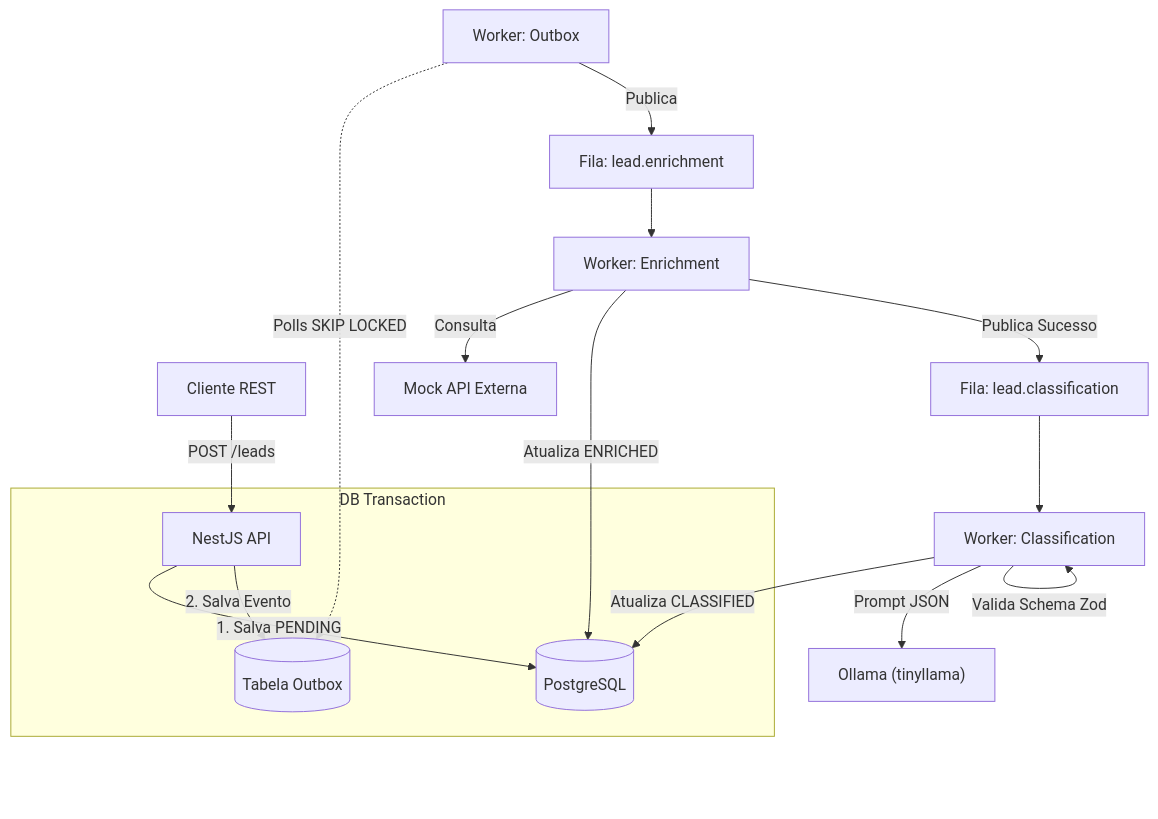
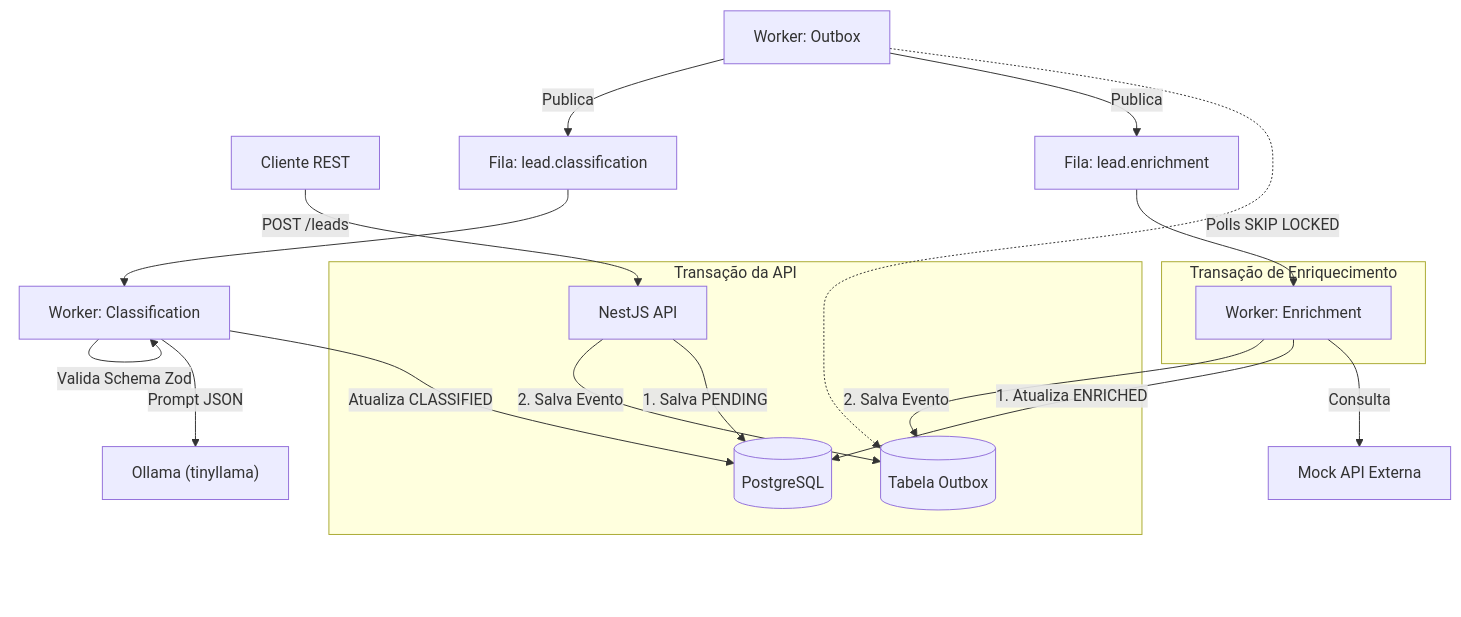
Before and after one commit to luluopa/semantic-lead-intelligence-engine: the first of 2 diagrams in README.pt-BR.md, drawn with Mermaid. The commit also changed other lines of this file and 1 other file, not shown here.

Commit message:
docs: update README and README.pt-BR to clarify Outbox Pattern implementation and enhance descriptions of transactional messaging and system architecture

````diff
--- a/README.pt-BR.md
+++ b/README.pt-BR.md
@@ -35,22 +35,27 @@
 ```mermaid
 flowchart TD
     Client["Cliente REST"] -->|POST /leads| API["NestJS API"]
     
-    subgraph "DB Transaction"
+    subgraph "Transação da API"
         API -->|1. Salva PENDING| DB[(PostgreSQL)]
         API -->|2. Salva Evento| Outbox[(Tabela Outbox)]
     end
     
     OutboxWorker["Worker: Outbox"] -.->|Polls SKIP LOCKED| Outbox
     OutboxWorker -->|Publica| Q_Enrich["Fila: lead.enrichment"]
     
     Q_Enrich --> W_Enrich["Worker: Enrichment"]
     W_Enrich -->|Consulta| MockAPI["Mock API Externa"]
-    W_Enrich -->|Atualiza ENRICHED| DB
-    W_Enrich -->|Publica Sucesso| Q_Class["Fila: lead.classification"]
+    
+    subgraph "Transação de Enriquecimento"
+        W_Enrich -->|1. Atualiza ENRICHED| DB
+        W_Enrich -->|2. Salva Evento| Outbox
+    end
+    
+    OutboxWorker -->|Publica| Q_Class["Fila: lead.classification"]
     
     Q_Class --> W_Class["Worker: Classification"]
     W_Class -->|Prompt JSON| Ollama["Ollama (tinyllama)"]
     W_Class -->|Valida Schema Zod| W_Class
     W_Class -->|Atualiza CLASSIFIED| DB
 ```
````
